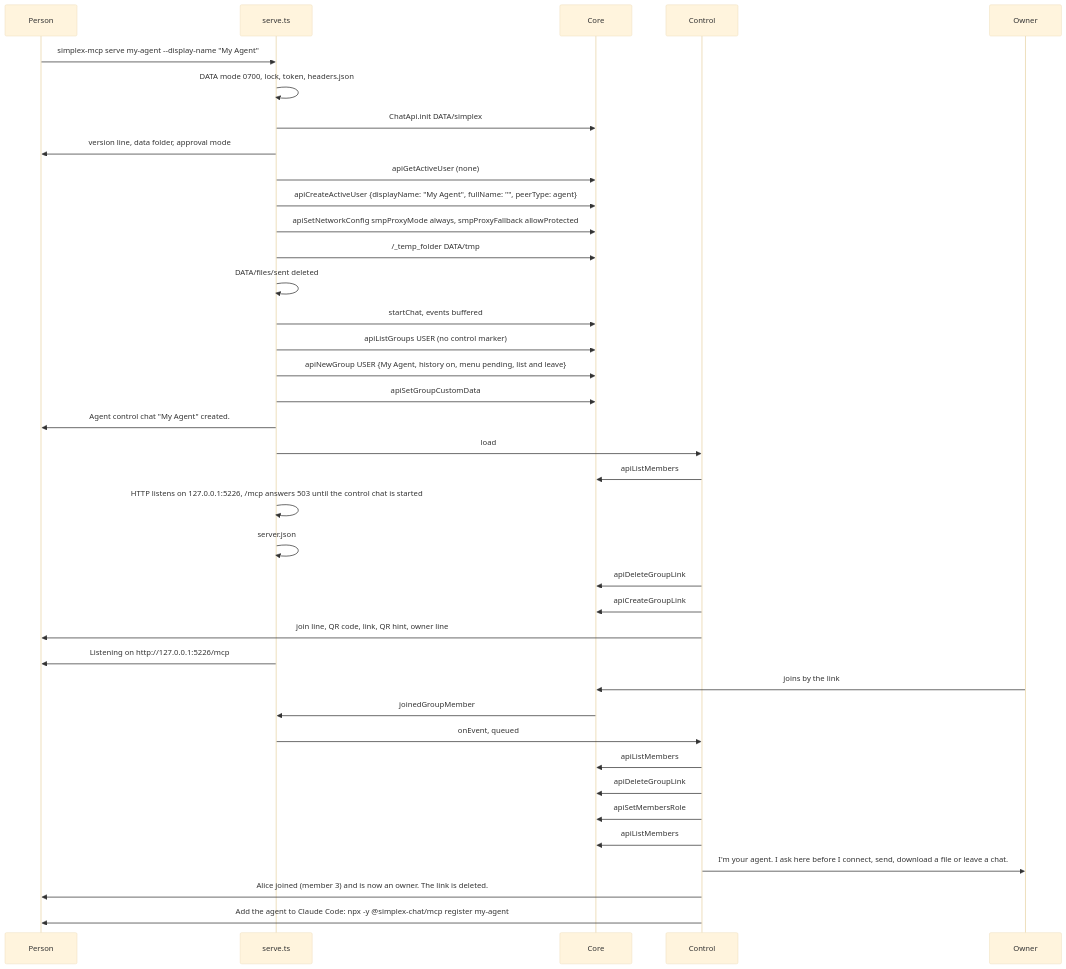
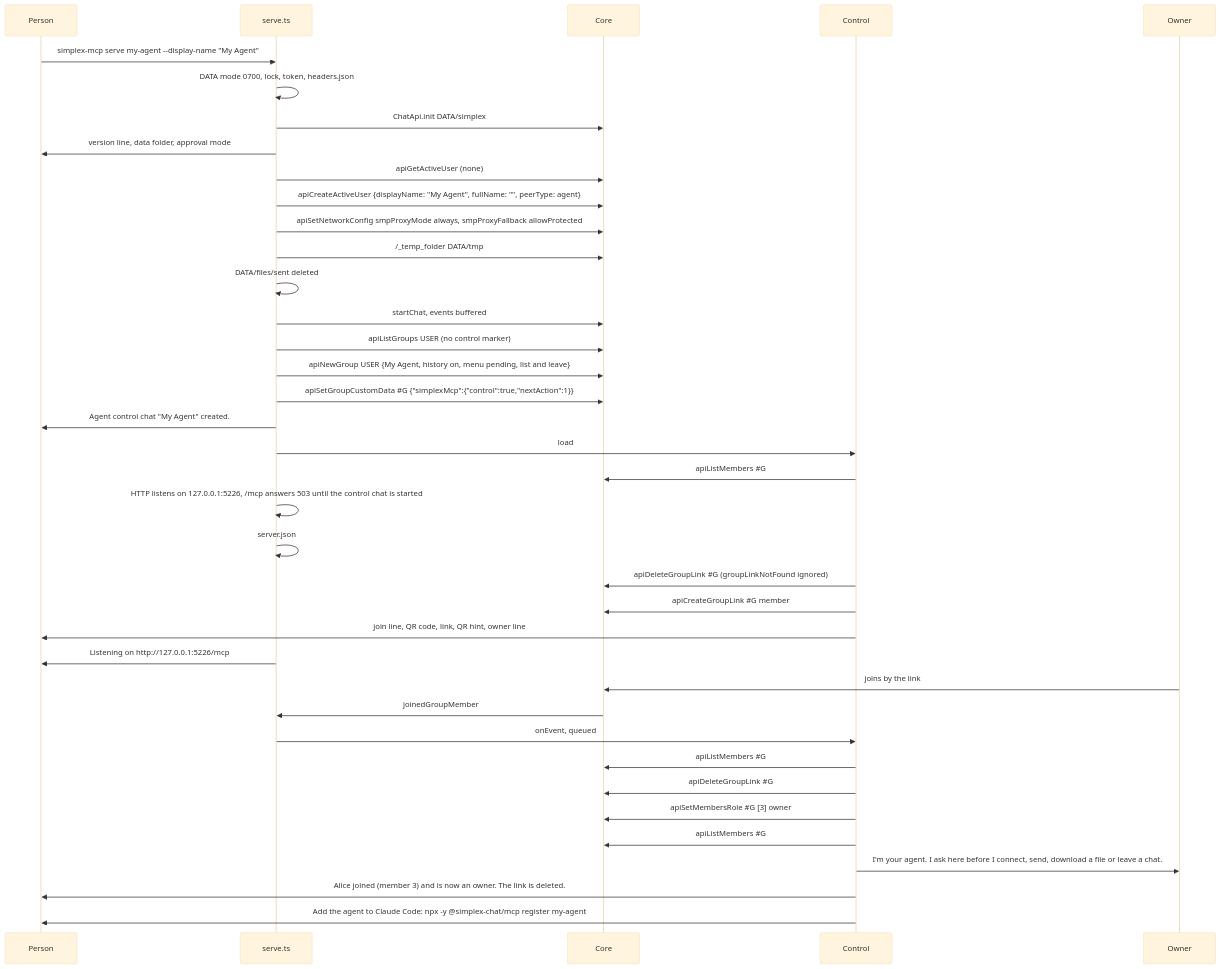
One commit to simplex-chat/simplex-chat changed the first of 30 diagrams in packages/simplex-chat-mcp/spec/flows.md. Above: the diagram before and after it, drawn with Mermaid (base theme). The commit also changed other lines of this file and 1 other file, not shown here.

First line of the commit message:
mcp: spec diagrams render whole on GitHub

````diff
--- a/packages/simplex-chat-mcp/spec/flows.md
+++ b/packages/simplex-chat-mcp/spec/flows.md
@@ -65,40 +65,40 @@
 ```mermaid
 sequenceDiagram
   participant P as Person
   participant S as serve.ts
   participant C as Core
   participant K as Control
   participant O as Owner
   P->>S: simplex-mcp serve my-agent --display-name "My Agent"
   S->>S: DATA mode 0700, lock, token, headers.json
   S->>C: ChatApi.init DATA/simplex
   S->>P: version line, data folder, approval mode
   S->>C: apiGetActiveUser (none)
   S->>C: apiCreateActiveUser {displayName: "My Agent", fullName: "", peerType: agent}
   S->>C: apiSetNetworkConfig smpProxyMode always, smpProxyFallback allowProtected
   S->>C: /_temp_folder DATA/tmp
   S->>S: DATA/files/sent deleted
   S->>C: startChat, events buffered
   S->>C: apiListGroups USER (no control marker)
   S->>C: apiNewGroup USER {My Agent, history on, menu pending, list and leave}
-  S->>C: apiSetGroupCustomData #G {"simplexMcp":{"control":true,"nextAction":1}}
+  S->>C: apiSetGroupCustomData #35;G {"simplexMcp":{"control":true,"nextAction":1}}
   S->>P: Agent control chat "My Agent" created.
   S->>K: load
-  K->>C: apiListMembers #G
+  K->>C: apiListMembers #35;G
   S->>S: HTTP listens on 127.0.0.1:5226, /mcp answers 503 until the control chat is started
   S->>S: server.json
-  K->>C: apiDeleteGroupLink #G (groupLinkNotFound ignored)
-  K->>C: apiCreateGroupLink #G member
+  K->>C: apiDeleteGroupLink #35;G (groupLinkNotFound ignored)
+  K->>C: apiCreateGroupLink #35;G member
   K->>P: join line, QR code, link, QR hint, owner line
   S->>P: Listening on http://127.0.0.1:5226/mcp
   O->>C: joins by the link
   C->>S: joinedGroupMember
   S->>K: onEvent, queued
-  K->>C: apiListMembers #G
-  K->>C: apiDeleteGroupLink #G
-  K->>C: apiSetMembersRole #G [3] owner
-  K->>C: apiListMembers #G
+  K->>C: apiListMembers #35;G
+  K->>C: apiDeleteGroupLink #35;G
+  K->>C: apiSetMembersRole #35;G [3] owner
+  K->>C: apiListMembers #35;G
   K->>O: I'm your agent. I ask here before I connect, send, download a file or leave a chat.
   K->>P: Alice joined (member 3) and is now an owner. The link is deleted.
   K->>P: Add the agent to Claude Code: npx -y @simplex-chat/mcp register my-agent
 ```
````
